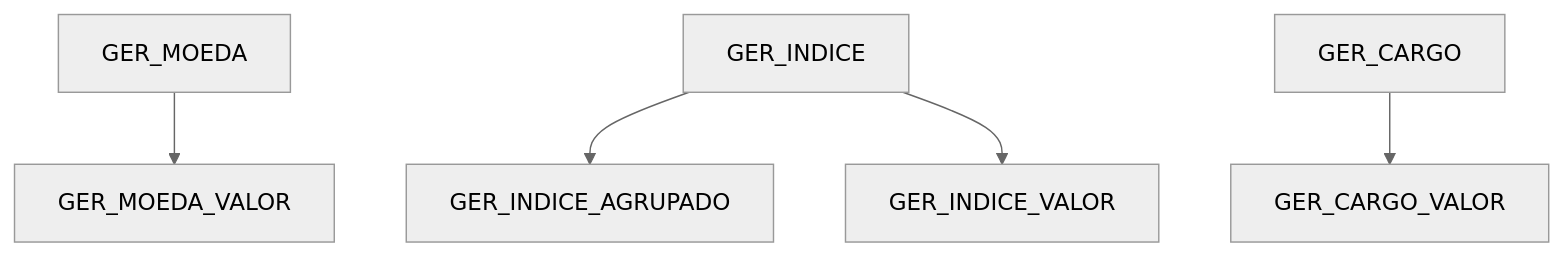
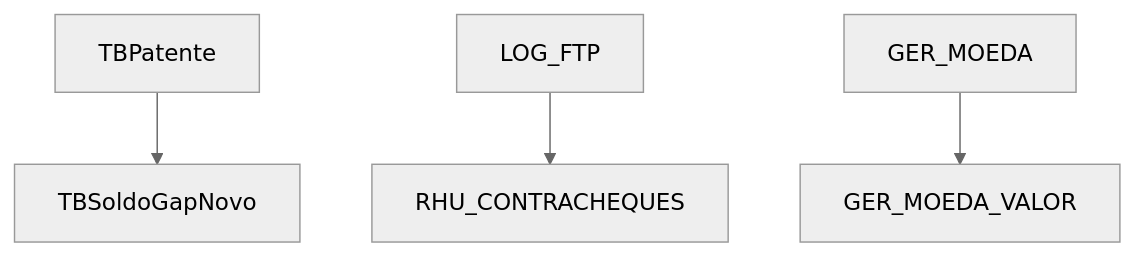
The third of 15 diagrams in BDFolhaBA.md (PedroDeveloper/adsd), drawn with Mermaid before and after one commit. The commit also changed other lines of this file, not shown here.

````diff
--- a/BDFolhaBA.md
+++ b/BDFolhaBA.md
@@ -65,20 +70,19 @@
 ```mermaid
 graph TB
 %%{ init: { 'theme': 'neutral', 'flowchart': { 'useMaxWidth': false, 'curve': 'basis' }}}%%
+	TBSoldoGapNovo["TBSoldoGapNovo"]
+
+	TBPatente["TBPatente"]
+
+	RHU_CONTRACHEQUES["RHU_CONTRACHEQUES"]
+
+	LOG_FTP["LOG_FTP"]
+
+	GER_MOEDA_VALOR["GER_MOEDA_VALOR"]
+
 	GER_MOEDA["GER_MOEDA"]
 
-	GER_INDICE_VALOR["GER_INDICE_VALOR"]
-
-	GER_INDICE["GER_INDICE"]
-
-	GER_INDICE_AGRUPADO["GER_INDICE_AGRUPADO"]
-
-	GER_CARGO_VALOR["GER_CARGO_VALOR"]
-
-	GER_CARGO["GER_CARGO"]
-
+	TBPatente --> TBSoldoGapNovo
+	LOG_FTP --> RHU_CONTRACHEQUES
 	GER_MOEDA --> GER_MOEDA_VALOR
-	GER_INDICE --> GER_INDICE_AGRUPADO
-	GER_INDICE --> GER_INDICE_VALOR
-	GER_CARGO --> GER_CARGO_VALOR
 ```
````
